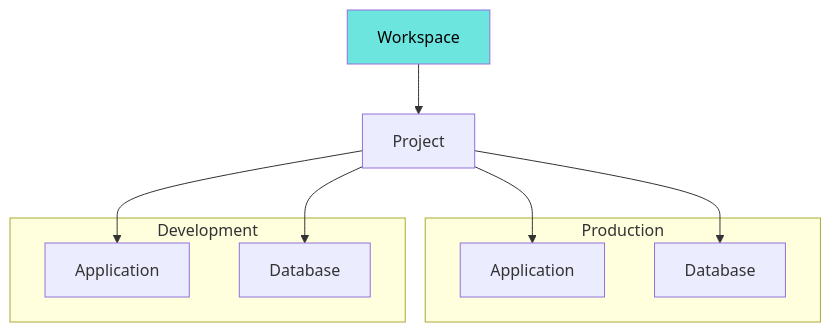
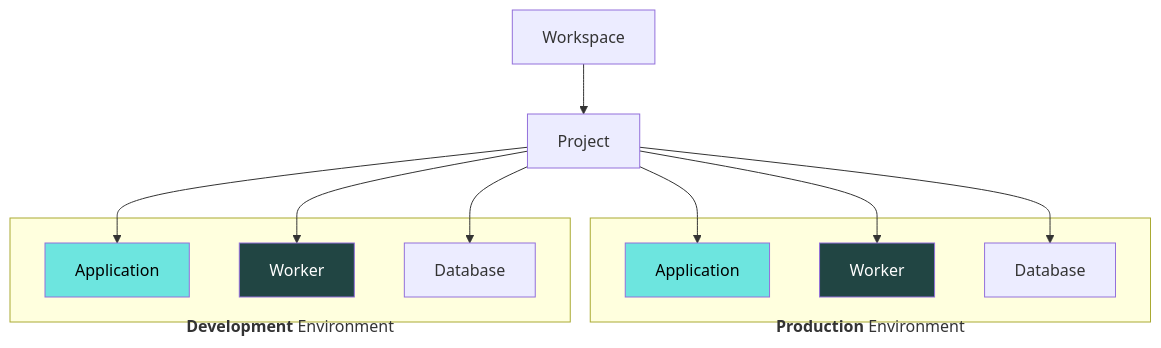
Before and after one commit to fl0zone/fl0-docs: the diagram in docs/platform/workspaces.md, drawn with Mermaid. The commit also changed 6 other files, not shown here.

First line of the commit message:
Add documentation on Workers & link platform diagrams to other sections (#36)

````diff
--- a/docs/platform/workspaces.md
+++ b/docs/platform/workspaces.md
@@ -15,21 +15,32 @@
 ```mermaid
 flowchart
     workspace1[Workspace]
     project1[Project]
     workspace1 --> project1
     project1 --> app1
+    project1 --> worker1
     project1 --> db1
     project1 --> app2
+    project1 --> worker2
     project1 --> db2
-    subgraph prod [Production]
+    subgraph prod [<br/><br/><br/><br/><b>Production</b> Environment<br/>]
         class prod cssClass
         app2[Application]
+        worker2[Worker]
         db2[Database]
     end
-    subgraph dev [Development]
+    subgraph dev [<br/><br/><br/><br/><b>Development</b> Environment]
         app1[Application]
+        worker1[Worker]
         db1[Database]
     end
-    classDef highlight fill:#6de5df,color:#000;
-    class workspace1 highlight;
+    classDef highlight-app fill:#6de5df,color:#000;
+    classDef highlight-worker fill:#214543,color:#fff;
+    class app1,app2 highlight-app;
+    class worker1,worker2 highlight-worker;
+    %% click workspace1 "/docs/platform/workspaces"
+    click project1 "/docs/platform/projects"
+    click app1,app2 "/docs/platform/applications"
+    click worker1,worker2 "/docs/platform/applications"
+    click db1,db2 "/docs/platform/databases"
 ```
````
